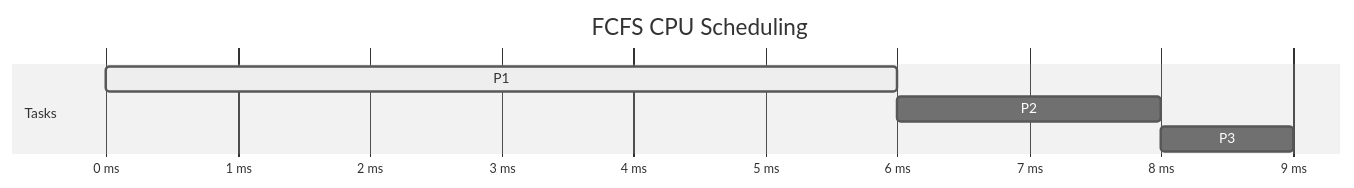
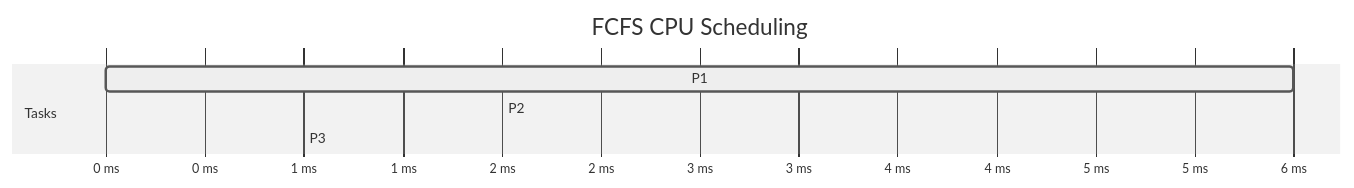
Before and after one commit to zenyyxz/Zen_dx-Notes: the third of 8 diagrams in 03 - ICT/Subtopics/OS Process & Memory Management.md, drawn with Mermaid (neutral theme). The commit also changed other lines of this file and 1 other file, not shown here.

````diff
--- a/03 - ICT/Subtopics/OS Process & Memory Management.md
+++ b/03 - ICT/Subtopics/OS Process & Memory Management.md
@@ -54,10 +81,10 @@
 ```mermaid
 gantt
     title FCFS CPU Scheduling
     dateFormat X
     axisFormat %s ms
     section Tasks
     P1 : active, p1, 0, 6
-    P2 : p2, after p1, 8
-    P3 : p3, after p2, 9
+    P2 : p2, after p1, 2
+    P3 : p3, after p2, 1
 ```
````
